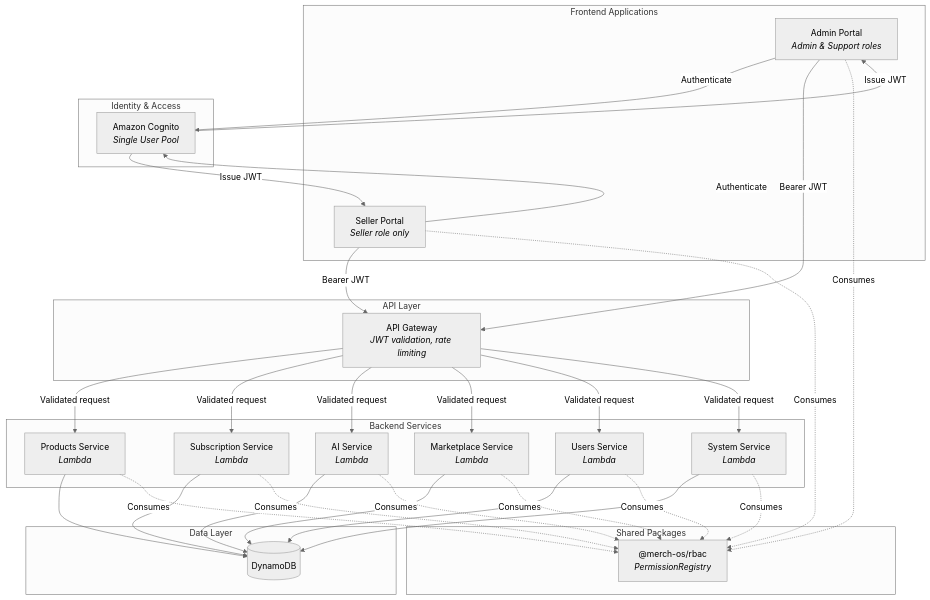
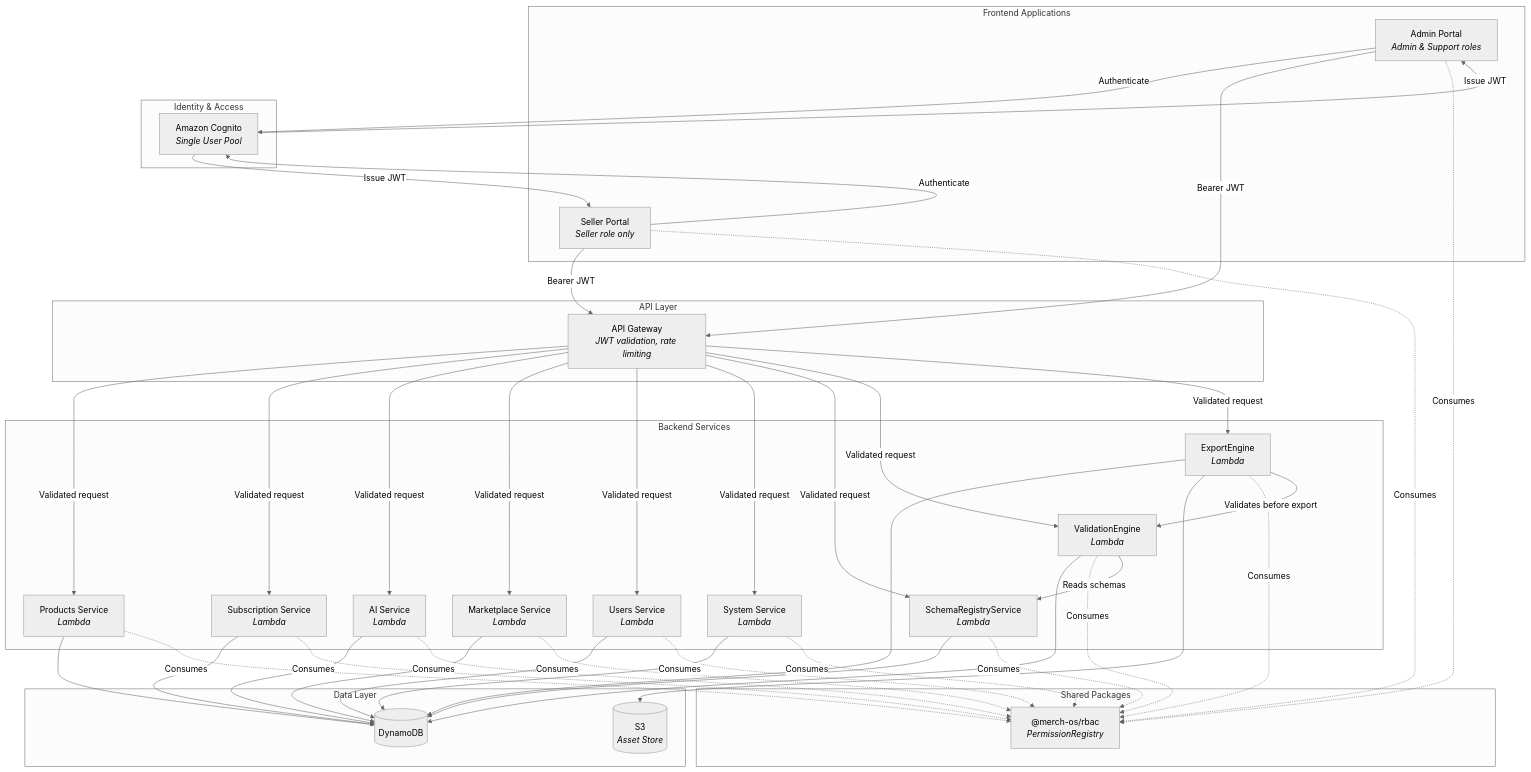
The fourth of 5 diagrams in docs/architecture/merchos-blueprint.md (WadzanaiMaparura/MerchOS), drawn with Mermaid (neutral theme) before and after one commit. The commit also changed other lines of this file and 3 other files, not shown here.

First line of the commit message:
docs: establish Marketplace Knowledge Base and Schema/Validation/Export architecture

````diff
--- a/docs/architecture/merchos-blueprint.md
+++ b/docs/architecture/merchos-blueprint.md
@@ -1081,63 +1084,80 @@
 ```mermaid
 graph TB
     subgraph Frontend["Frontend Applications"]
         AP[Admin Portal<br/><i>Admin & Support roles</i>]
         SP[Seller Portal<br/><i>Seller role only</i>]
     end
 
     subgraph Auth["Identity & Access"]
         Cognito[Amazon Cognito<br/><i>Single User Pool</i>]
     end
 
     subgraph Gateway["API Layer"]
         APIGW[API Gateway<br/><i>JWT validation, rate limiting</i>]
     end
 
     subgraph Backend["Backend Services"]
         ProductsLambda[Products Service<br/><i>Lambda</i>]
         SubscriptionLambda[Subscription Service<br/><i>Lambda</i>]
         AILambda[AI Service<br/><i>Lambda</i>]
         MarketplaceLambda[Marketplace Service<br/><i>Lambda</i>]
         UsersLambda[Users Service<br/><i>Lambda</i>]
         SystemLambda[System Service<br/><i>Lambda</i>]
+        SchemaRegistryLambda[SchemaRegistryService<br/><i>Lambda</i>]
+        ValidationLambda[ValidationEngine<br/><i>Lambda</i>]
+        ExportLambda[ExportEngine<br/><i>Lambda</i>]
     end
 
     subgraph Data["Data Layer"]
         DDB[(DynamoDB)]
+        S3Assets[(S3<br/><i>Asset Store</i>)]
     end
 
     subgraph SharedPkg["Shared Packages"]
         RBAC["@merch-os/rbac<br/><i>PermissionRegistry</i>"]
     end
 
     AP -->|Authenticate| Cognito
     SP -->|Authenticate| Cognito
     Cognito -->|Issue JWT| AP
     Cognito -->|Issue JWT| SP
 
     AP -->|Bearer JWT| APIGW
     SP -->|Bearer JWT| APIGW
 
     APIGW -->|Validated request| ProductsLambda
     APIGW -->|Validated request| SubscriptionLambda
     APIGW -->|Validated request| AILambda
     APIGW -->|Validated request| MarketplaceLambda
     APIGW -->|Validated request| UsersLambda
     APIGW -->|Validated request| SystemLambda
+    APIGW -->|Validated request| SchemaRegistryLambda
+    APIGW -->|Validated request| ValidationLambda
+    APIGW -->|Validated request| ExportLambda
 
     ProductsLambda --> DDB
     SubscriptionLambda --> DDB
     AILambda --> DDB
     MarketplaceLambda --> DDB
     UsersLambda --> DDB
     SystemLambda --> DDB
+    SchemaRegistryLambda --> DDB
+    ValidationLambda --> DDB
+    ExportLambda --> DDB
+    ExportLambda --> S3Assets
 
     ProductsLambda -.->|Consumes| RBAC
     SubscriptionLambda -.->|Consumes| RBAC
     AILambda -.->|Consumes| RBAC
     MarketplaceLambda -.->|Consumes| RBAC
     UsersLambda -.->|Consumes| RBAC
     SystemLambda -.->|Consumes| RBAC
+    SchemaRegistryLambda -.->|Consumes| RBAC
+    ValidationLambda -.->|Consumes| RBAC
+    ExportLambda -.->|Consumes| RBAC
     AP -.->|Consumes| RBAC
     SP -.->|Consumes| RBAC
+
+    ValidationLambda -->|Reads schemas| SchemaRegistryLambda
+    ExportLambda -->|Validates before export| ValidationLambda
 ```
````
